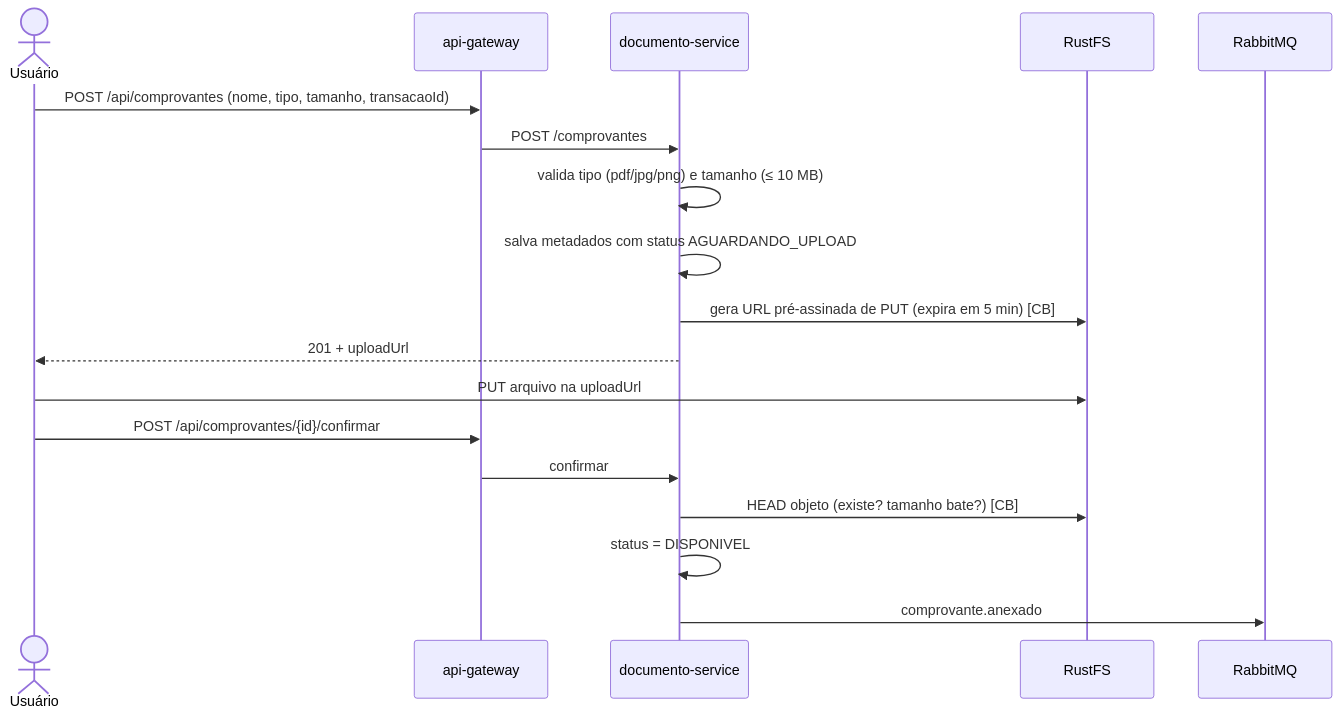
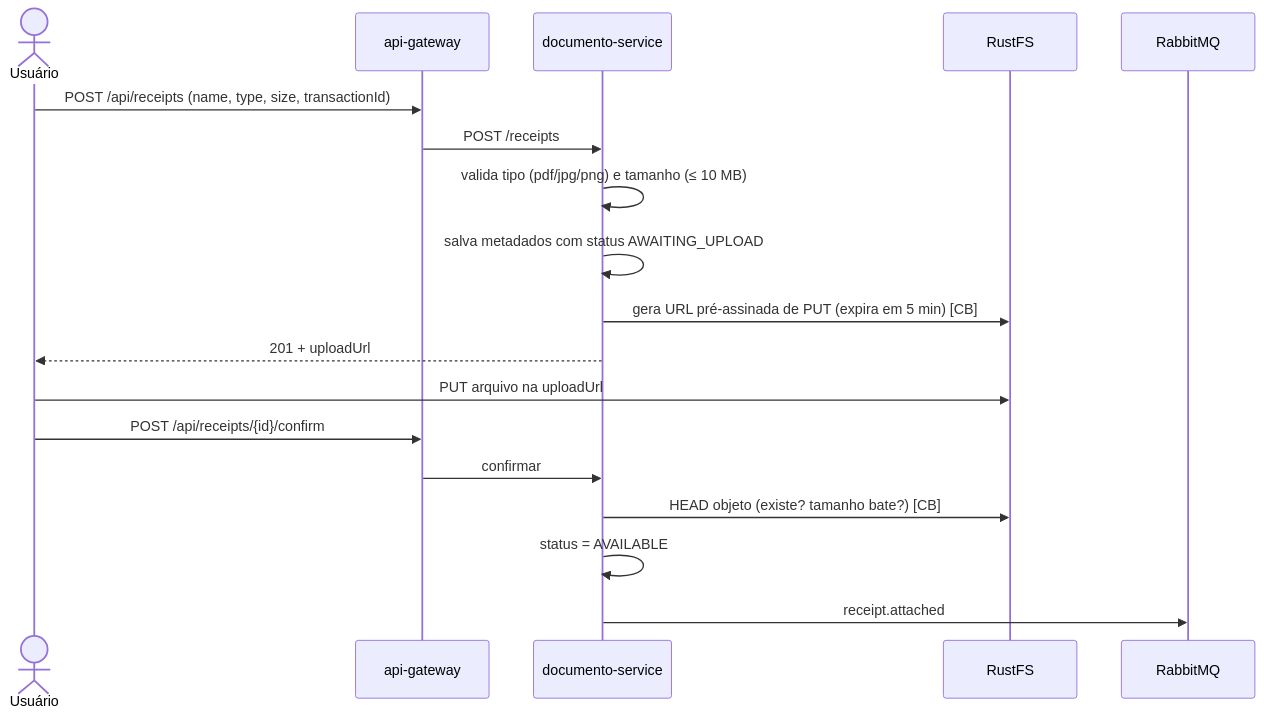
The sixth of 9 diagrams in docs/fluxos.md (DiiOliiver/finance-api), drawn with Mermaid before and after one commit. The commit also changed other lines of this file and 13 other files, not shown here.

````diff
--- a/docs/fluxos.md
+++ b/docs/fluxos.md
@@ -157,21 +157,21 @@
 ```mermaid
 sequenceDiagram
     actor U as Usuário
     participant GW as api-gateway
     participant DS as documento-service
     participant RF as RustFS
     participant MQ as RabbitMQ
 
-    U->>GW: POST /api/comprovantes (nome, tipo, tamanho, transacaoId)
-    GW->>DS: POST /comprovantes
+    U->>GW: POST /api/receipts (name, type, size, transactionId)
+    GW->>DS: POST /receipts
     DS->>DS: valida tipo (pdf/jpg/png) e tamanho (≤ 10 MB)
-    DS->>DS: salva metadados com status AGUARDANDO_UPLOAD
+    DS->>DS: salva metadados com status AWAITING_UPLOAD
     DS->>RF: gera URL pré-assinada de PUT (expira em 5 min) [CB]
     DS-->>U: 201 + uploadUrl
     U->>RF: PUT arquivo na uploadUrl
-    U->>GW: POST /api/comprovantes/{id}/confirmar
+    U->>GW: POST /api/receipts/{id}/confirm
     GW->>DS: confirmar
     DS->>RF: HEAD objeto (existe? tamanho bate?) [CB]
-    DS->>DS: status = DISPONIVEL
-    DS->>MQ: comprovante.anexado
+    DS->>DS: status = AVAILABLE
+    DS->>MQ: receipt.attached
 ```
````
